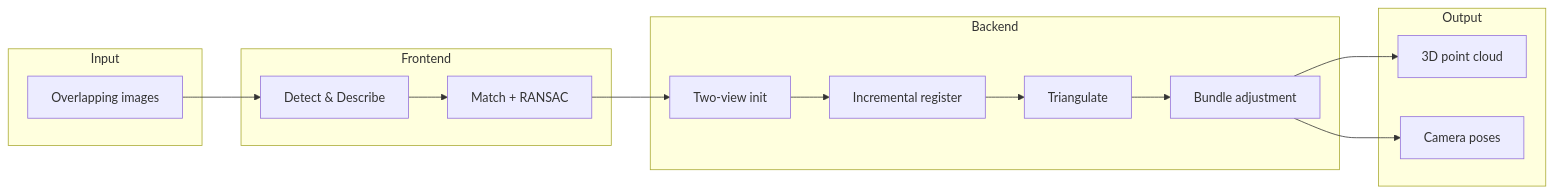
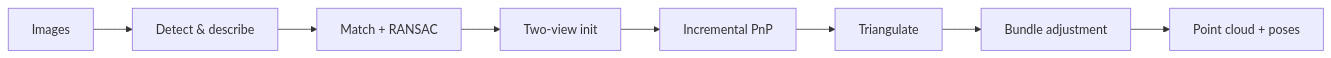
One commit to rbdlabhaifa/SFM-SLAM changed the diagram in README.md. Above: the diagram before and after it, drawn with Mermaid. The commit also changed other lines of this file and 1 other file, not shown here.

````diff
--- a/README.md
+++ b/README.md
@@ -71,22 +79,10 @@
 ```mermaid
 flowchart LR
-  subgraph input [Input]
-    IMG[Overlapping images]
-  end
-  subgraph front [Frontend]
-    DET[Detect & Describe]
-    MAT[Match + RANSAC]
-  end
-  subgraph back [Backend]
-    INIT[Two-view init]
-    INC[Incremental register]
-    TRI[Triangulate]
-    BA[Bundle adjustment]
-  end
-  subgraph out [Output]
-    PC[3D point cloud]
-    POSE[Camera poses]
-  end
-  IMG --> DET --> MAT --> INIT --> INC --> TRI --> BA --> PC
-  BA --> POSE
+  IMG[Images] --> DET[Detect & describe]
+  DET --> MAT[Match + RANSAC]
+  MAT --> INIT[Two-view init]
+  INIT --> INC[Incremental PnP]
+  INC --> TRI[Triangulate]
+  TRI --> BA[Bundle adjustment]
+  BA --> OUT[Point cloud + poses]
 ```
````
